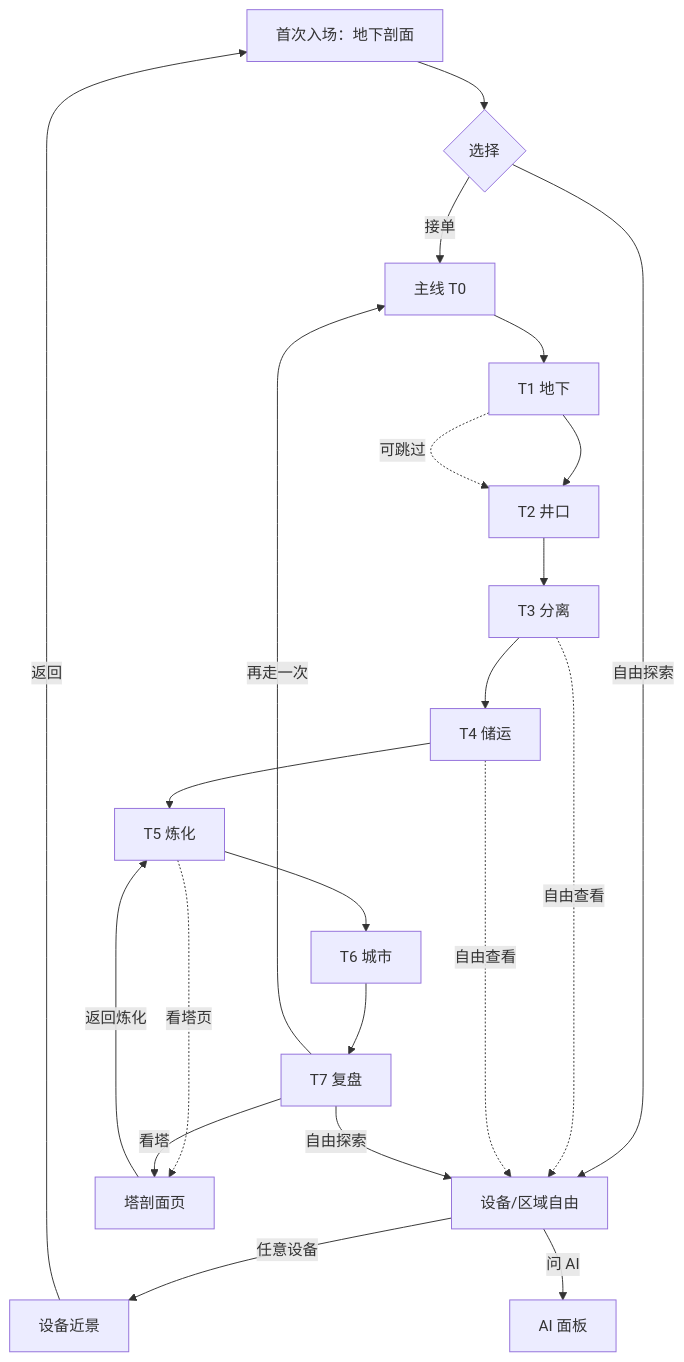
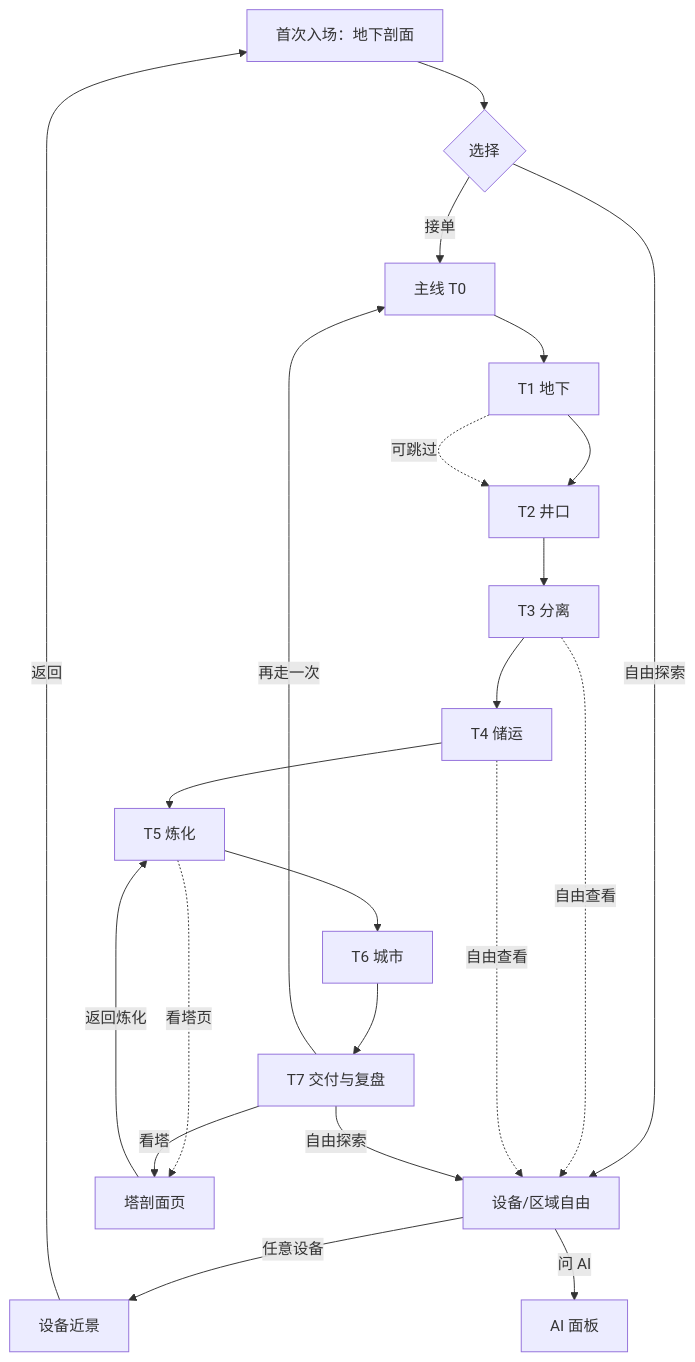
Before and after one commit to Levine1899/Embodied-Intelligence: the first of 2 diagrams in docs/scene-map.md, drawn with Mermaid. The commit also changed 6 other files, not shown here.

````diff
--- a/docs/scene-map.md
+++ b/docs/scene-map.md
@@ -102,24 +102,24 @@
 ```mermaid
 flowchart TD
   A[首次入场：地下剖面] --> B{选择}
   B -->|接单| C[主线 T0]
   B -->|自由探索| D[设备/区域自由]
   C --> E[T1 地下]
   E --> F[T2 井口]
   F --> G[T3 分离]
   G --> H[T4 储运]
   H --> I[T5 炼化]
   I --> J[T6 城市]
-  J --> K[T7 复盘]
+  J --> K[T7 交付与复盘]
   E -.->|可跳过| F
   G -.->|自由查看| D
   H -.->|自由查看| D
   I -.->|看塔页| T[塔剖面页]
   T -->|返回炼化| I
   D -->|任意设备| P[设备近景]
   P -->|返回| A
   D -->|问 AI| Q[AI 面板]
   K -->|再走一次| C
   K -->|自由探索| D
   K -->|看塔| T
 ```
````
